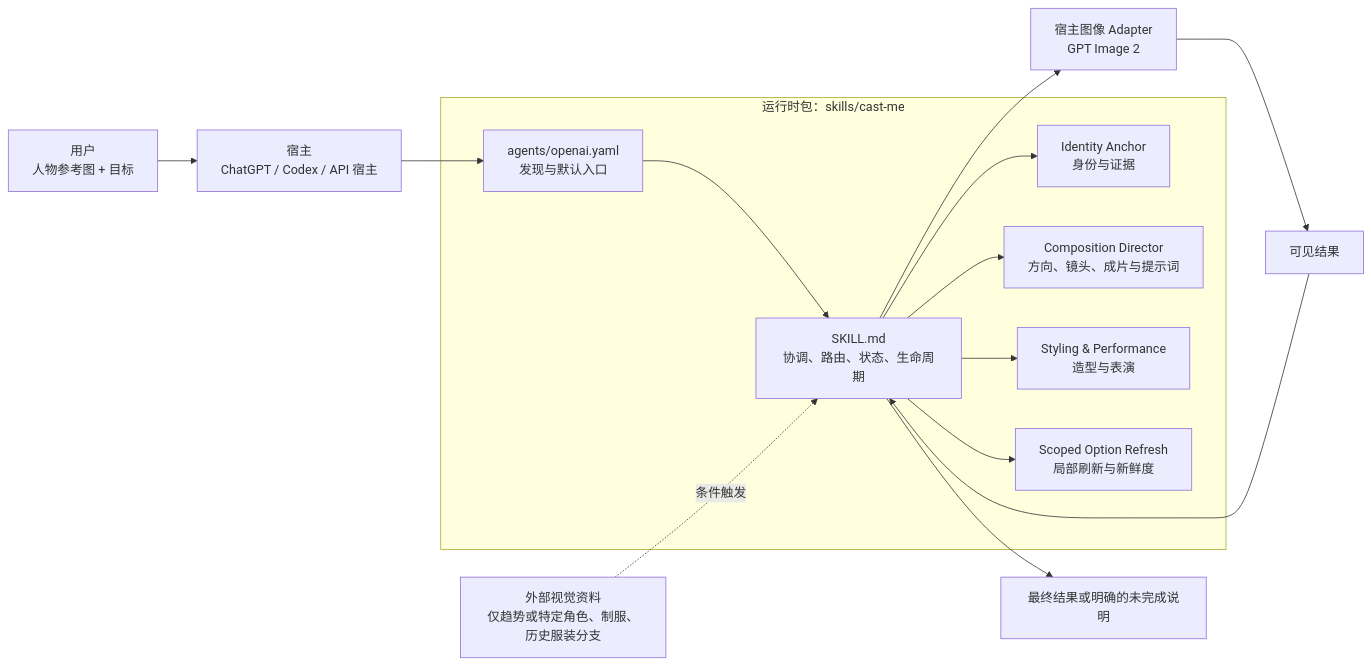
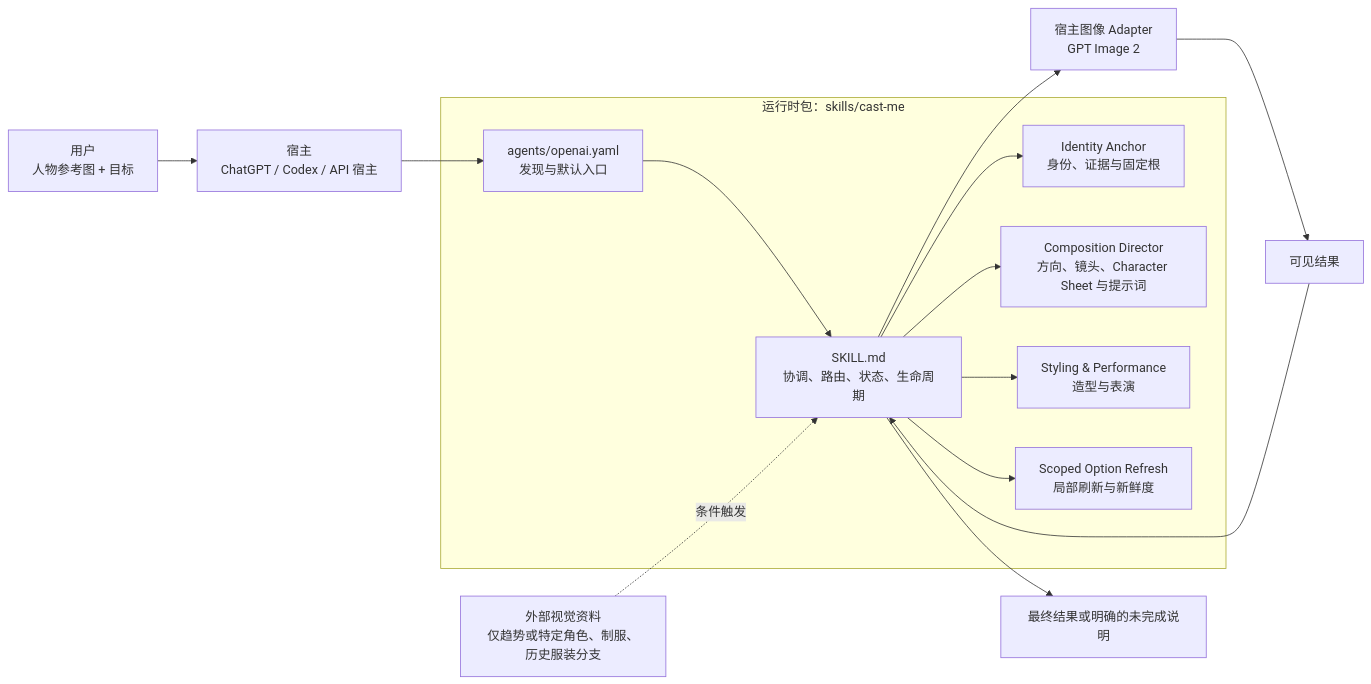
The first of 13 diagrams in docs/architecture.md (cyaoc/cast-me), drawn with Mermaid before and after one commit. The commit also changed other lines of this file and 6 other files, not shown here.

Commit message:
feat: anchor drawn applications to one character sheet

````diff
--- a/docs/architecture.md
+++ b/docs/architecture.md
@@ -18,25 +18,25 @@
 ```mermaid
 flowchart LR
     U["用户<br/>人物参考图 + 目标"] --> H["宿主<br/>ChatGPT / Codex / API 宿主"]
 
     subgraph PKG["运行时包：skills/cast-me"]
         META["agents/openai.yaml<br/>发现与默认入口"]
         K["SKILL.md<br/>协调、路由、状态、生命周期"]
-        I["Identity Anchor<br/>身份与证据"]
-        C["Composition Director<br/>方向、镜头、成片与提示词"]
+        I["Identity Anchor<br/>身份、证据与固定根"]
+        C["Composition Director<br/>方向、镜头、Character Sheet 与提示词"]
         S["Styling & Performance<br/>造型与表演"]
         R["Scoped Option Refresh<br/>局部刷新与新鲜度"]
         META --> K
         K --> I
         K --> C
         K --> S
         K --> R
     end
 
     H --> META
     K --> G["宿主图像 Adapter<br/>GPT Image 2"]
     G --> O["可见结果"]
     O --> K
     K --> F["最终结果或明确的未完成说明"]
     W["外部视觉资料<br/>仅趋势或特定角色、制服、历史服装分支"] -.条件触发.-> K
 ```
````
